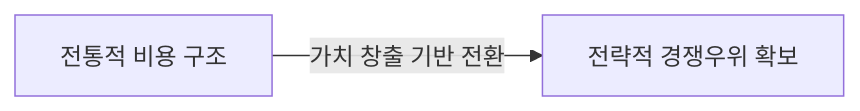
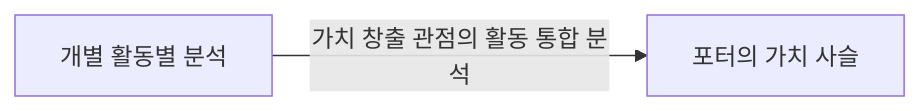
The first of 3 diagrams in docs/01-it-governance/value-chain.md (jeonck/fw-thinking), drawn with Mermaid before and after one commit. The commit also changed other lines of this file and 123 other files, not shown here.

````diff
--- a/docs/01-it-governance/value-chain.md
+++ b/docs/01-it-governance/value-chain.md
@@ -9,4 +10,4 @@
 ```mermaid
 flowchart LR
-    A["전통적 비용 구조"] -- "가치 창출 기반 전환" --> B["전략적 경쟁우위 확보"]
+    A["개별 활동별 분석"] -- "가치 창출 관점의 활동 통합 분석" --> B["포터의 가치 사슬"]
 ```
````
